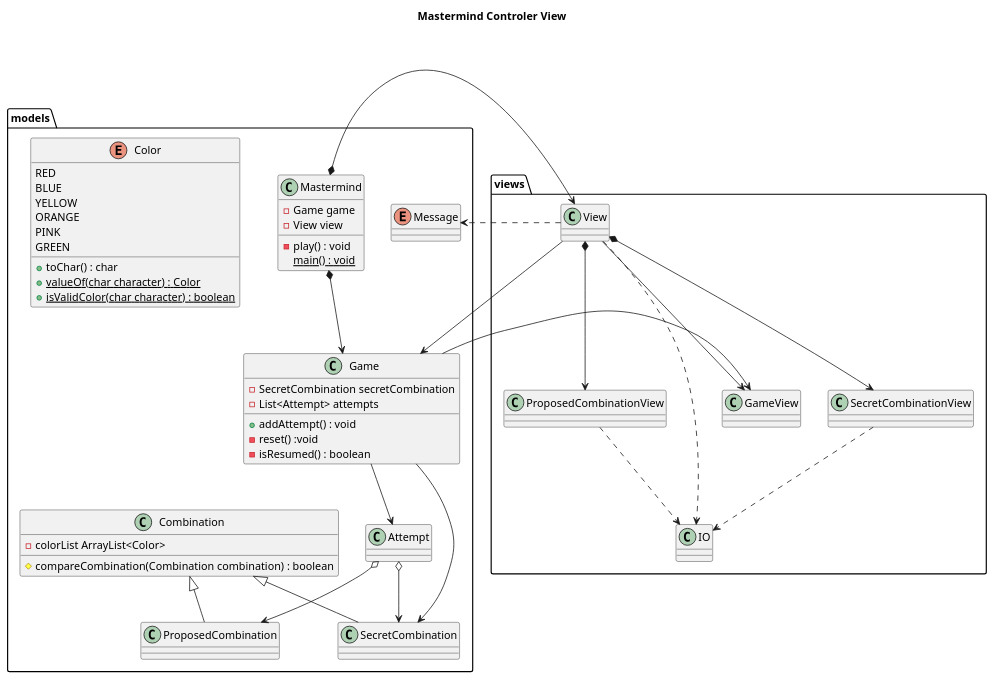
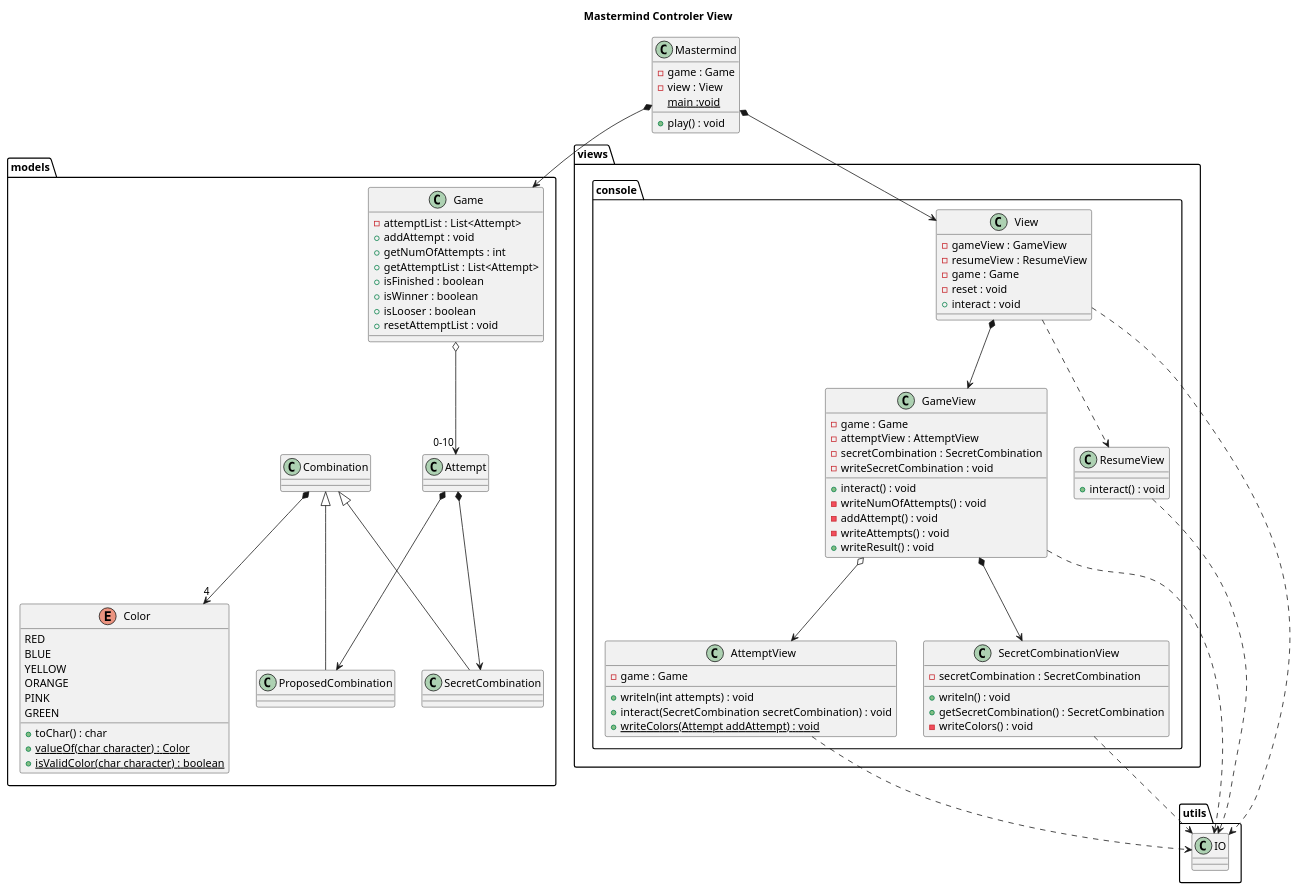
One commit to Master-Desarrollo-20-21/diseno-oo-ejercicio2-mastermind-document-view-jumpering changed the diagram in Document View UML/mastermind-document-view.puml. Above: the diagram before and after it, drawn with PlantUML. The commit also changed 1 other file, not shown here.

Commit message:
Model View Version UML

```diff
--- a/Document View UML/mastermind-document-view.puml
+++ b/Document View UML/mastermind-document-view.puml
@@ -1,72 +1,94 @@
 @startuml
 
 title Mastermind Controler View
 
-
-
-
-package models {
-class Mastermind {
-- Game game
-- View view
-- play() : void
-{static} main() : void
-}
-Mastermind *--> Game
-class Game {
-- SecretCombination secretCombination
-- List<Attempt> attempts
-+ addAttempt() : void
-- reset() :void
-- isResumed() : boolean
+class Mastermind{
+- game : Game
+- view : View
++ play() : void
+{static} main :void
 }
 
-enum Message
+Mastermind *--> models.Game
+Mastermind *--> views.console.View
+namespace views.console{
+class View{
+- gameView : GameView
+- resumeView : ResumeView
+- game : Game
+- reset : void
++ interact : void
 
-class Combination{
-- colorList ArrayList<Color>
-#compareCombination(Combination combination) : boolean
+}
+class GameView{
+- game : Game
+- attemptView : AttemptView
+- secretCombination : SecretCombination
++ interact() : void
+- writeNumOfAttempts() : void
+- writeSecretCombination : void
+- addAttempt() : void
+- writeAttempts() : void
++ writeResult() : void
+}
+class ResumeView{
++ interact() : void
+}
+class AttemptView{
+- game : Game
++ writeln(int attempts) : void
++ interact(SecretCombination secretCombination) : void
++{static} writeColors(Attempt addAttempt) : void
+}
+class SecretCombinationView{
+- secretCombination : SecretCombination
++ writeln() : void
++ getSecretCombination() : SecretCombination
+- writeColors() : void
+}
+View *--> GameView
+View ..> ResumeView
+GameView o--> AttemptView
+GameView *--> SecretCombinationView
 }
 
-class SecretCombination{
-
-}
-
+namespace models{
 Enum Color{
 RED
 BLUE
 YELLOW
 ORANGE
 PINK
 GREEN
 + toChar() : char
 + {static} valueOf(char character) : Color
 + {static} isValidColor(char character) : boolean
 }
-Attempt o--> ProposedCombination
-Attempt o--> SecretCombination
+class Game{
+- attemptList : List<Attempt>
++ addAttempt : void
++ getNumOfAttempts : int
++ getAttemptList : List<Attempt>
++ isFinished : boolean
++ isWinner : boolean
++ isLooser : boolean
++ resetAttemptList : void
+}
+Game o-->"0-10" Attempt
+Attempt *--> ProposedCombination
+Attempt *--> SecretCombination
+Combination <|-down- ProposedCombination
+Combination <|-down- SecretCombination
+Combination *-->"4" Color
+}
 
-}
-Mastermind *--> views.View
-models.Game --> SecretCombination
-Game --> Attempt
+namespace utils{
+views.console.View ..> IO
+views.console.GameView ..> IO
+views.console.ResumeView ..> IO
+views.console.SecretCombinationView ..> IO
+views.console.AttemptView ..> IO
 
-
-
-
-SecretCombination -up-^ Combination
-ProposedCombination -up-^ Combination
-
-package views {
-View --> Game
-View --> GameView
-View *--> ProposedCombinationView
-View *--> SecretCombinationView
-View ..> IO
-View ..> Message
-ProposedCombinationView ..> IO
-SecretCombinationView ..> IO
-models.Game --> GameView
 
 }
 @enduml
```
